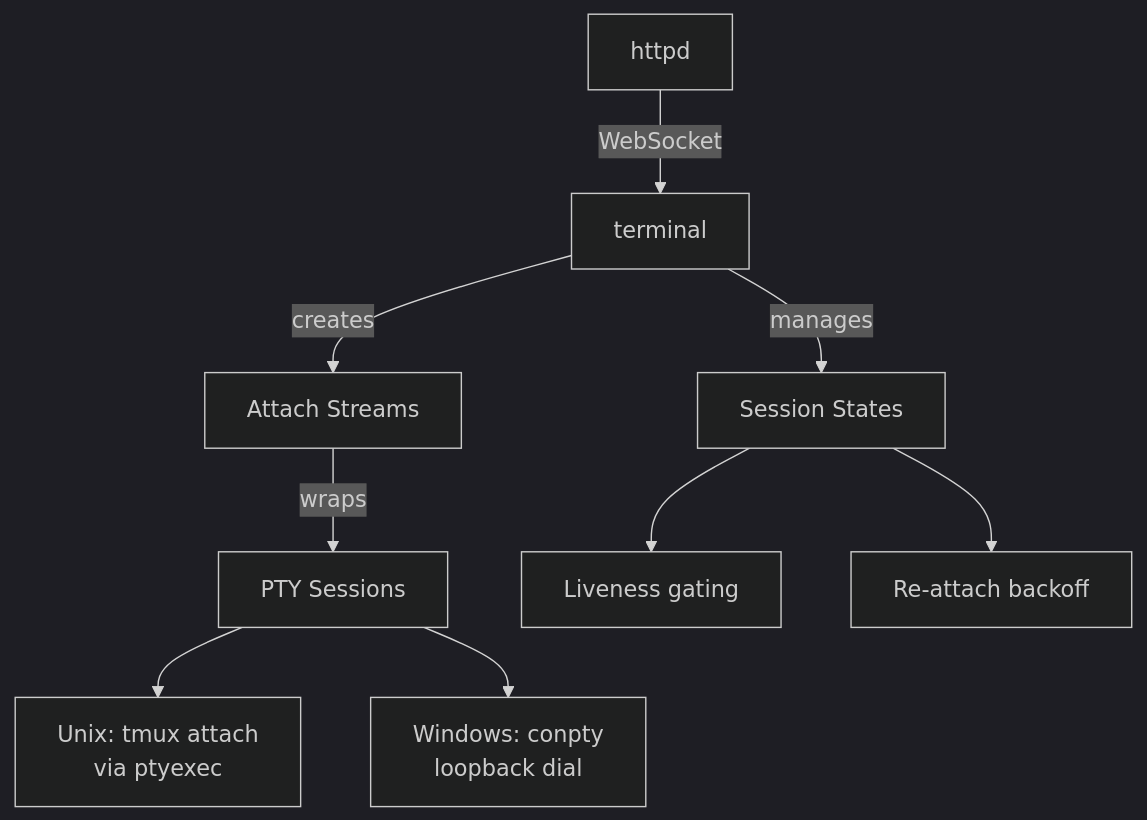
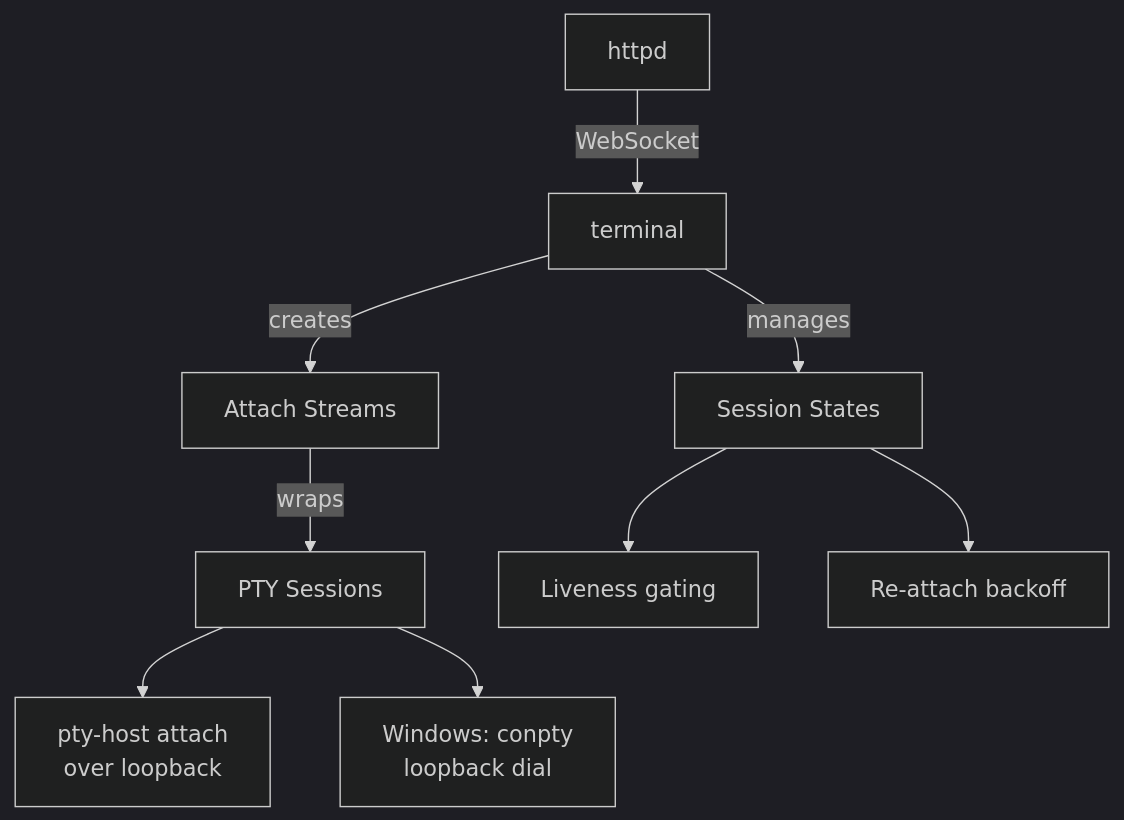
One commit to OmarAly92/Operator changed diagram 13 of 23 in docs/backend-code-structure.md. Above: the diagram before and after it, drawn with Mermaid (dark theme). The commit also changed other lines of this file and 64 other files, not shown here.

First line of the commit message:
feat(runtime)!: replace tmux with the pty-host on every platform

````diff
--- a/docs/backend-code-structure.md
+++ b/docs/backend-code-structure.md
@@ -489,14 +489,14 @@
 ```mermaid
 graph TD
     HTTP[httpd] -->|WebSocket| Terminal[terminal]
     Terminal -->|creates| Attach[Attach Streams]
     Attach -->|wraps| PTY[PTY Sessions]
 
-    PTY --> Unix[Unix: tmux attach<br/>via ptyexec]
+    PTY --> Unix[pty-host attach<br/>over loopback]
     PTY --> Windows[Windows: conpty<br/>loopback dial]
 
     Terminal -->|manages| State[Session States]
     State --> Liveness[Liveness gating]
     State --> Backoff[Re-attach backoff]
 
 ```
````
